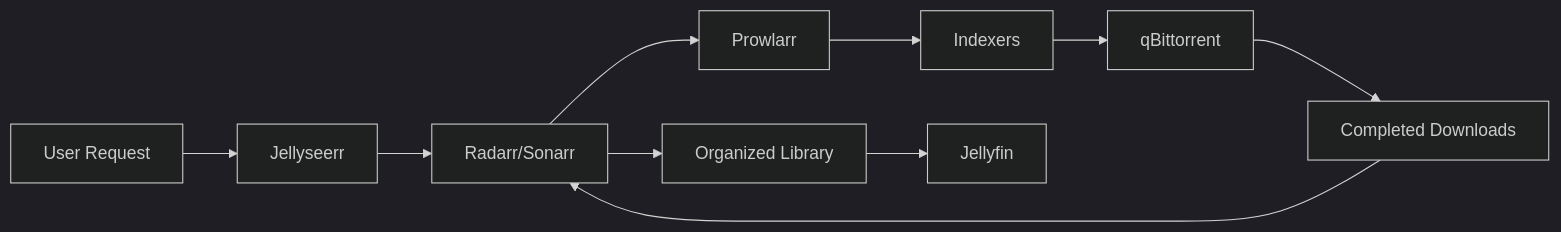
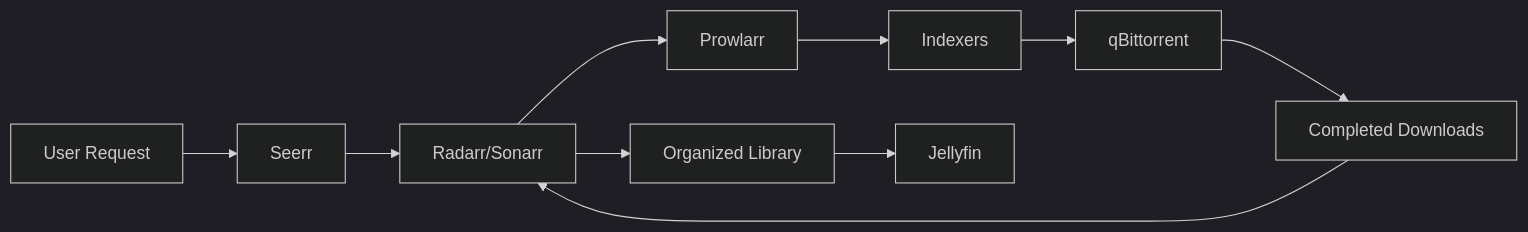
One commit to TrueBankai416/BankaiTechDocs changed the diagram in blog/2025-11-01-complete-arr-stack-automation.mdx. Above: the diagram before and after it, drawn with Mermaid (dark theme). The commit also changed other lines of this file and 10 other files, not shown here.

````diff
--- a/blog/2025-11-01-complete-arr-stack-automation.mdx
+++ b/blog/2025-11-01-complete-arr-stack-automation.mdx
@@ -31,12 +31,12 @@
 ```mermaid
 graph LR
-    A[User Request] --> B[Jellyseerr]
+    A[User Request] --> B[Seerr]
     B --> C[Radarr/Sonarr]
     C --> D[Prowlarr]
     D --> E[Indexers]
     E --> F[qBittorrent]
     F --> G[Completed Downloads]
     G --> C
     C --> H[Organized Library]
     H --> I[Jellyfin]
 ```
````
